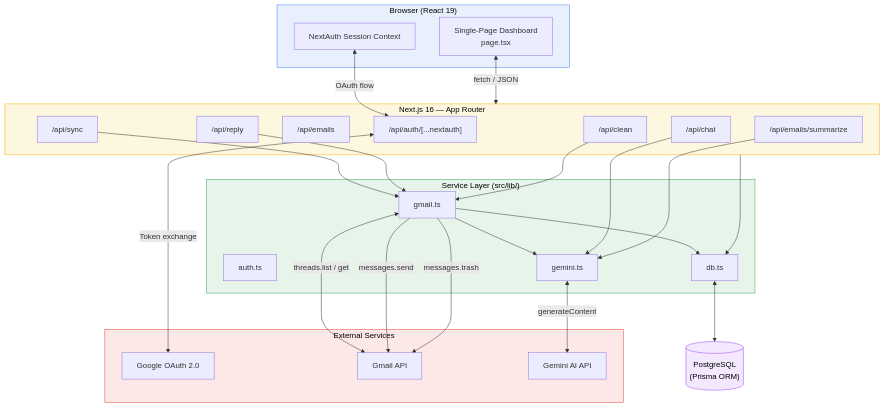
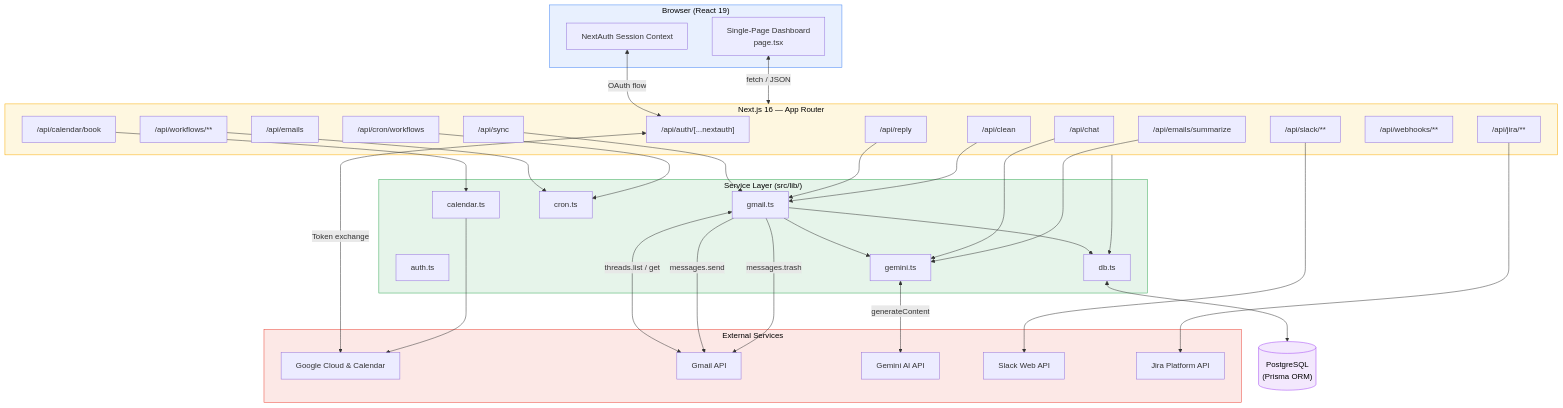
The first of 6 diagrams in ARCHITECTURE.md (Vamshidathrika/repeatless-email-ai-assistant), drawn with Mermaid before and after one commit. The commit also changed other lines of this file and 2 other files, not shown here.

Commit message:
docs: update README, ARCHITECTURE, and DEPLOYMENT guides for Slack, Jira, Calendar, and Workflow integrations

````diff
--- a/ARCHITECTURE.md
+++ b/ARCHITECTURE.md
@@ -46,60 +46,76 @@
 ```mermaid
 graph TB
     subgraph Client["Browser (React 19)"]
         UI["Single-Page Dashboard<br/>page.tsx"]
         SessionCtx["NextAuth Session Context"]
     end
 
     subgraph NextJS["Next.js 16 — App Router"]
         AuthRoute["/api/auth/[...nextauth]"]
         SyncRoute["/api/sync"]
         EmailsRoute["/api/emails"]
         SummarizeRoute["/api/emails/summarize"]
         ChatRoute["/api/chat"]
         ReplyRoute["/api/reply"]
         CleanRoute["/api/clean"]
+        SlackRoute["/api/slack/**"]
+        JiraRoute["/api/jira/**"]
+        CalendarRoute["/api/calendar/book"]
+        WorkflowsRoute["/api/workflows/**"]
+        WebhooksRoute["/api/webhooks/**"]
+        CronRoute["/api/cron/workflows"]
     end
 
     subgraph Services["Service Layer (src/lib/)"]
         AuthSvc["auth.ts"]
         DBSvc["db.ts"]
         GeminiSvc["gemini.ts"]
         GmailSvc["gmail.ts"]
+        CronSvc["cron.ts"]
+        CalendarSvc["calendar.ts"]
     end
 
     subgraph External["External Services"]
-        Google["Google OAuth 2.0"]
+        Google["Google Cloud & Calendar"]
         GmailAPI["Gmail API"]
         GeminiAPI["Gemini AI API"]
+        SlackAPI["Slack Web API"]
+        JiraAPI["Jira Platform API"]
     end
 
     DB[("PostgreSQL<br/>(Prisma ORM)")]
 
     UI <-->|"fetch / JSON"| NextJS
     SessionCtx <-->|"OAuth flow"| AuthRoute
     AuthRoute <-->|"Token exchange"| Google
 
     SyncRoute --> GmailSvc
     GmailSvc <-->|"threads.list / get"| GmailAPI
     GmailSvc --> GeminiSvc
     GeminiSvc <-->|"generateContent"| GeminiAPI
 
     ReplyRoute --> GmailSvc
     GmailSvc -->|"messages.send"| GmailAPI
 
     ChatRoute --> GeminiSvc
     SummarizeRoute --> GeminiSvc
 
     CleanRoute --> GmailSvc
     GmailSvc -->|"messages.trash"| GmailAPI
 
+    SlackRoute --> SlackAPI
+    JiraRoute --> JiraAPI
+    CalendarRoute --> CalendarSvc --> Google
+    WorkflowsRoute --> CronSvc
+    CronRoute --> CronSvc
+
     NextJS --> DBSvc
     DBSvc <--> DB
     GmailSvc --> DBSvc
 
     style Client fill:#e8f0fe,stroke:#4285f4,color:#000
     style NextJS fill:#fef7e0,stroke:#f9ab00,color:#000
     style Services fill:#e6f4ea,stroke:#34a853,color:#000
     style External fill:#fce8e6,stroke:#ea4335,color:#000
     style DB fill:#f3e8fd,stroke:#a142f4,color:#000
 ```
````
